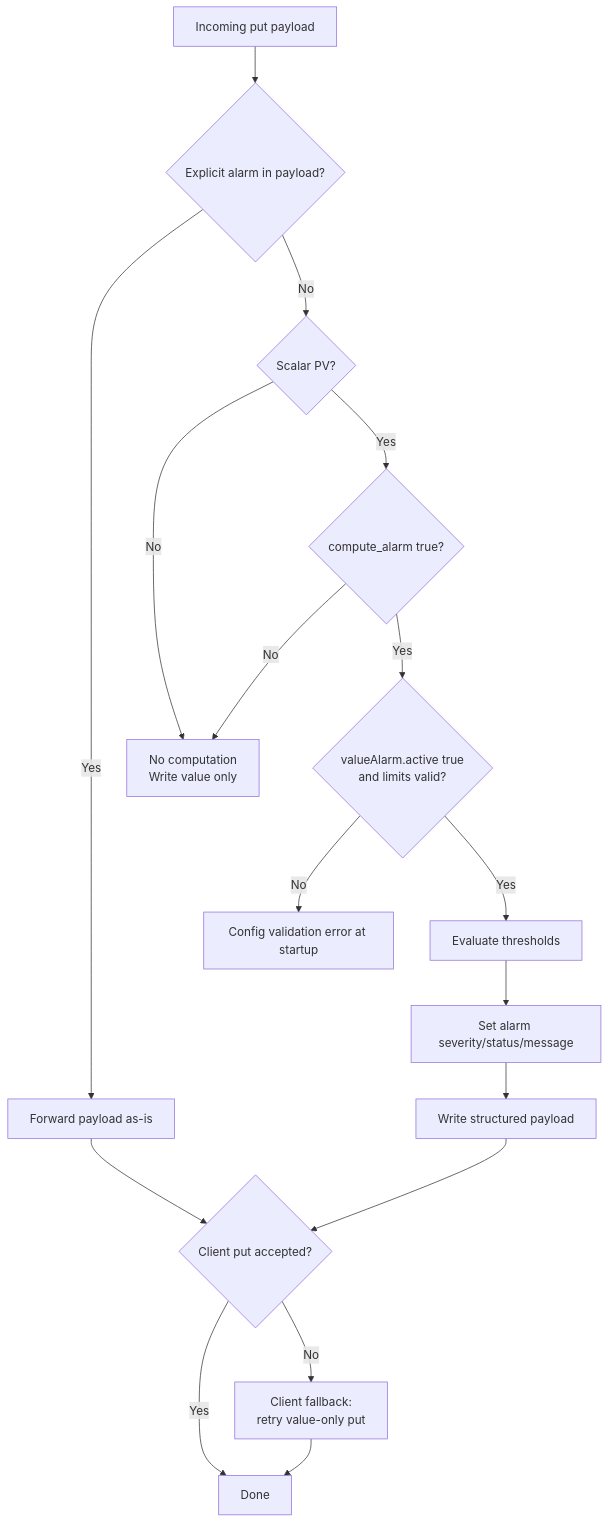
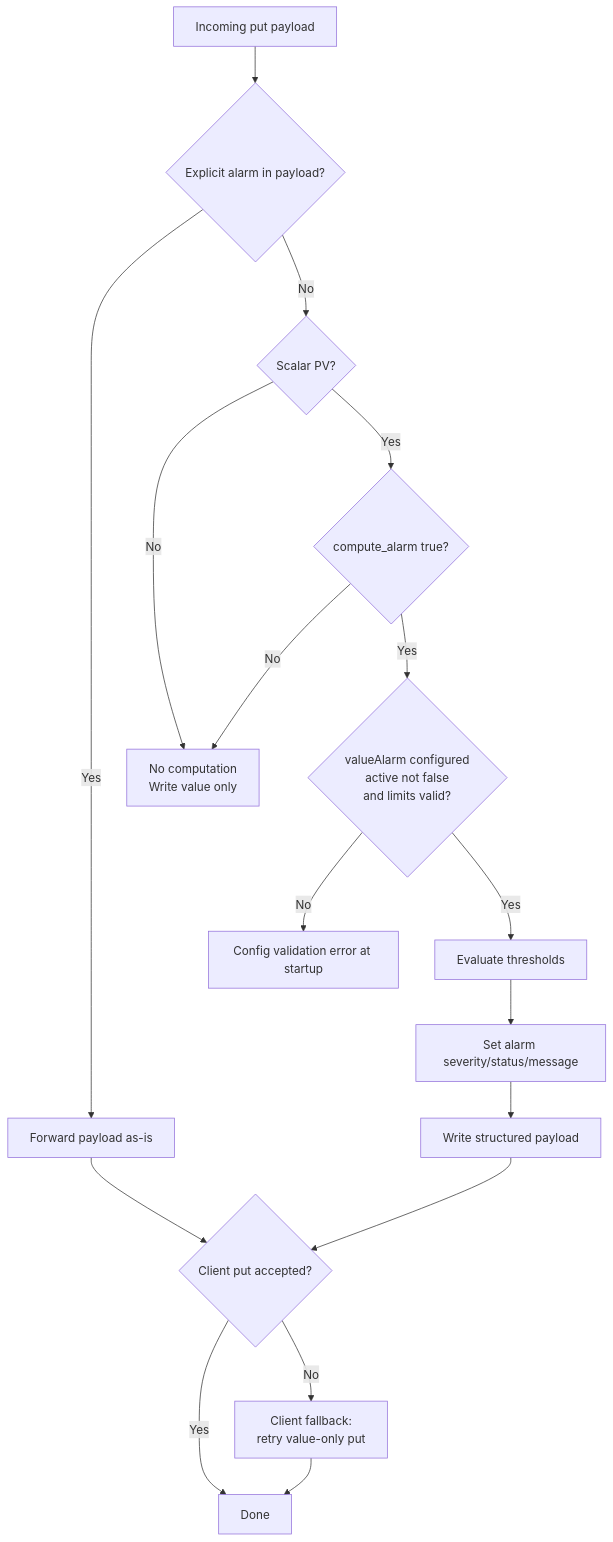
Before and after one commit to ISISNeutronMuon/poly-lithic: the second of 2 diagrams in readme.md, drawn with Mermaid. The commit also changed other lines of this file and 4 other files, not shown here.

Commit message:
Update alarm behavior documentation and enforce valueAlarm.active defaults in code

````diff
--- a/readme.md
+++ b/readme.md
@@ -296,19 +297,19 @@
 ```mermaid
 flowchart TD
     A[Incoming put payload] --> B{Explicit alarm in payload?}
     B -- Yes --> C[Forward payload as-is]
     B -- No --> D{Scalar PV?}
     D -- No --> E[No computation<br/>Write value only]
     D -- Yes --> F{compute_alarm true?}
     F -- No --> E
-    F -- Yes --> G{valueAlarm.active true<br/>and limits valid?}
+    F -- Yes --> G{valueAlarm configured<br/>active not false<br/>and limits valid?}
     G -- No --> H[Config validation error at startup]
     G -- Yes --> I[Evaluate thresholds]
     I --> J[Set alarm severity/status/message]
     J --> K[Write structured payload]
     C --> L{Client put accepted?}
     K --> L
     L -- Yes --> M[Done]
     L -- No --> N[Client fallback:<br/>retry value-only put]
     N --> M
 ```
````
